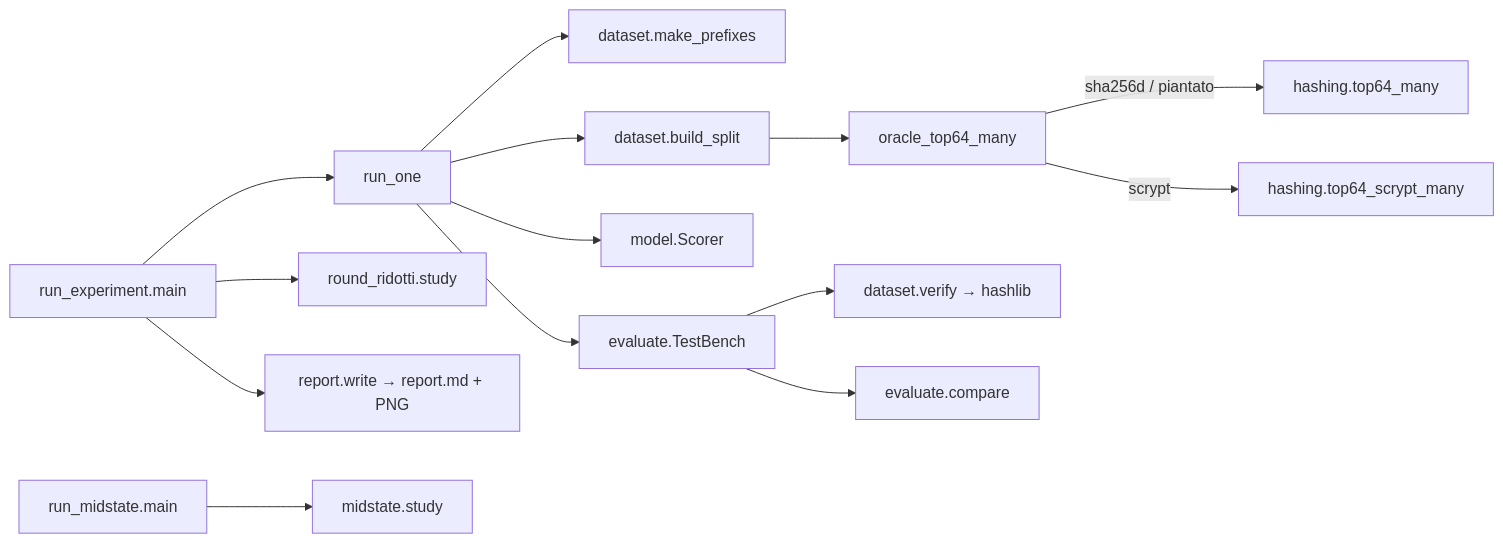
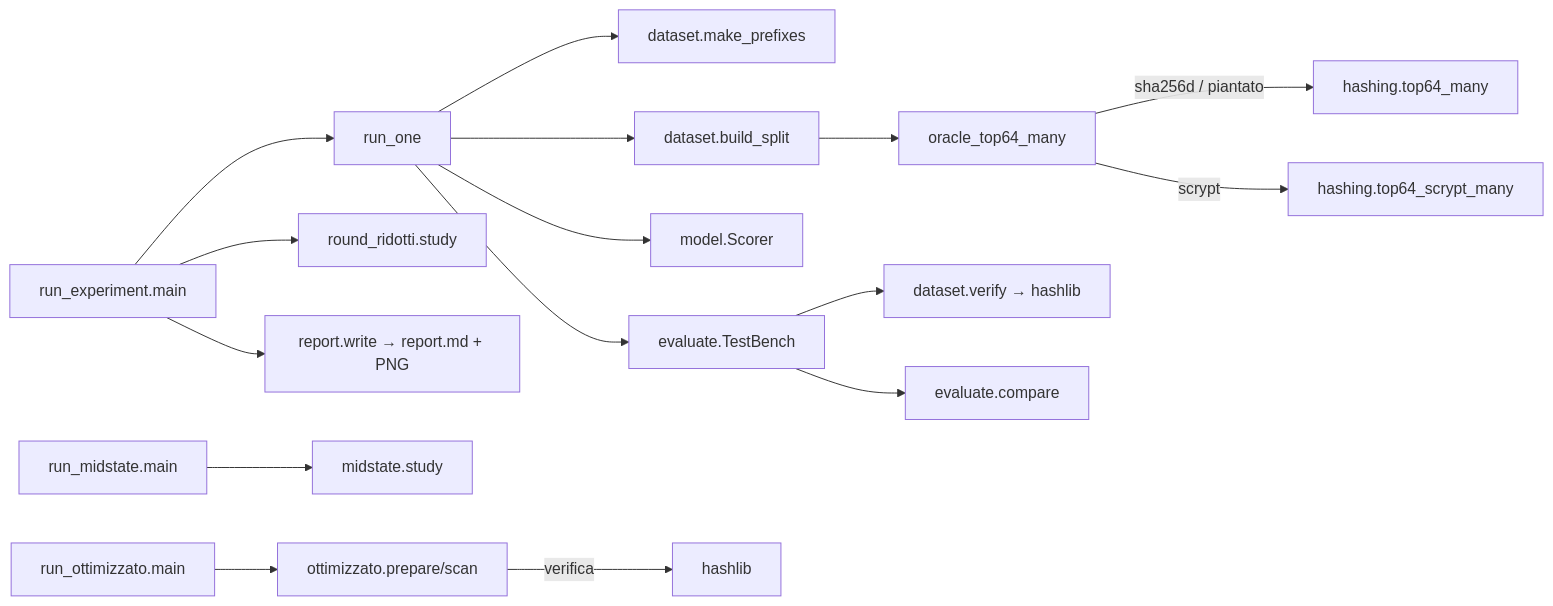
The diagram in CLAUDE.md (Ronfo2013/sha256-ml-esperimento), drawn with Mermaid before and after one commit. The commit also changed other lines of this file and 6 other files, not shown here.

````diff
--- a/CLAUDE.md
+++ b/CLAUDE.md
@@ -48,16 +52,17 @@
 ```mermaid
 graph LR
   A[run_experiment.main] --> B[run_one]
   B --> C[dataset.make_prefixes]
   B --> D[dataset.build_split]
   D --> E[oracle_top64_many]
   E -->|sha256d / piantato| F[hashing.top64_many]
   B --> G[model.Scorer]
   B --> H[evaluate.TestBench]
   H --> I[dataset.verify → hashlib]
   H --> J[evaluate.compare]
   E -->|scrypt| S[hashing.top64_scrypt_many]
   A --> K[round_ridotti.study]
   M[run_midstate.main] --> N[midstate.study]
+  O[run_ottimizzato.main] --> P[ottimizzato.prepare/scan] -->|verifica| Q[hashlib]
   A --> L[report.write → report.md + PNG]
 ```
````
